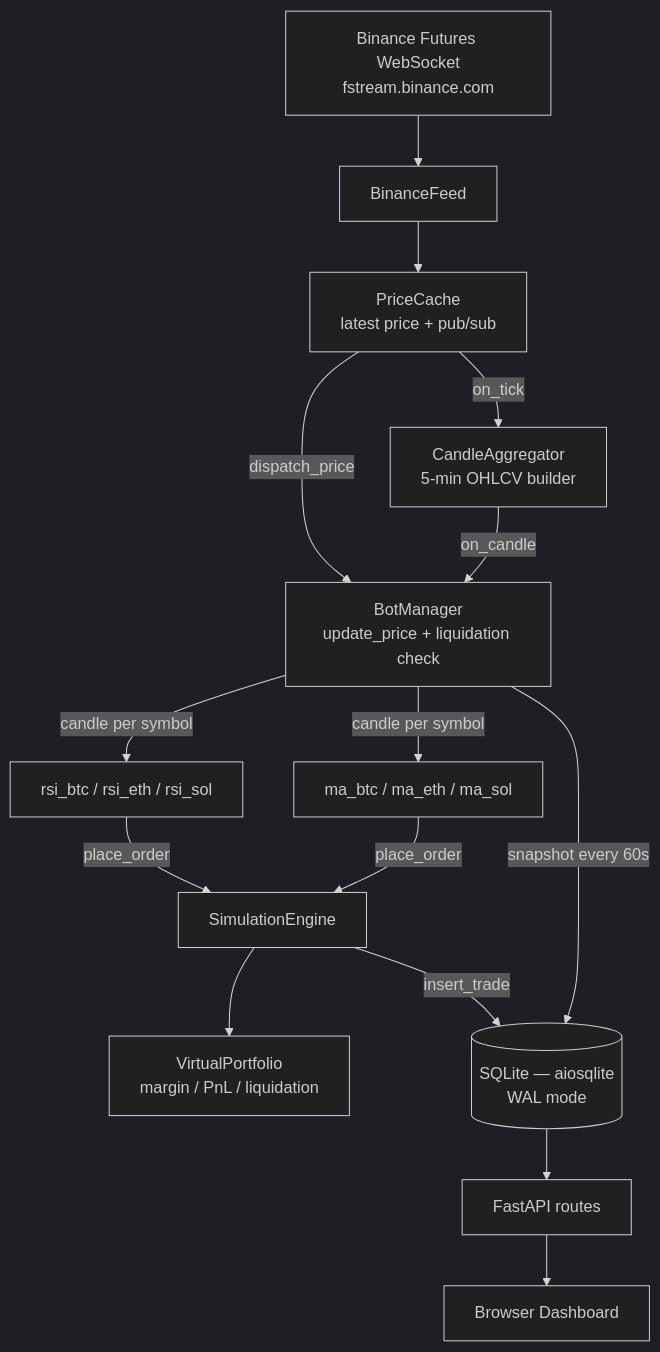
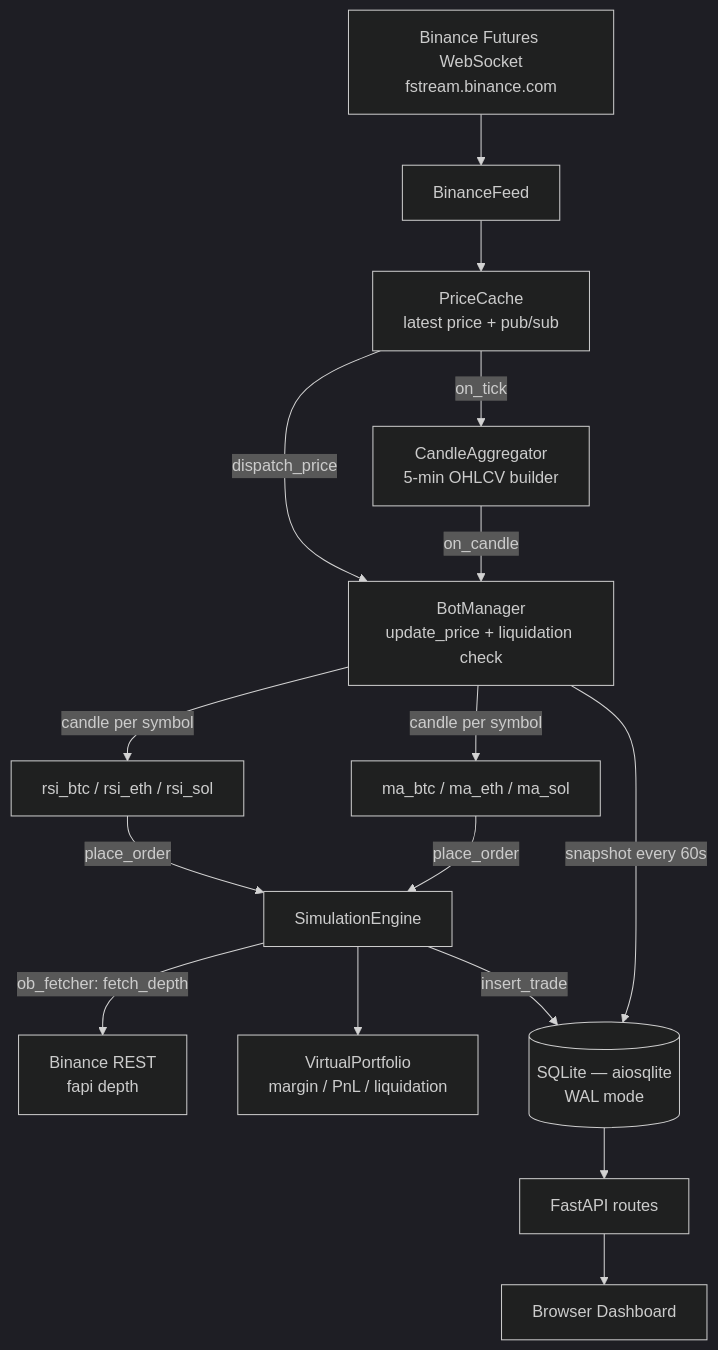
Before and after one commit to Eldarushkaa/trade_platform: the diagram in plans/architecture.md, drawn with Mermaid (dark theme). The commit also changed other lines of this file and 20 other files, not shown here.

````diff
--- a/plans/architecture.md
+++ b/plans/architecture.md
@@ -78,16 +77,17 @@
 ```mermaid
 graph TD
     WS[Binance Futures WebSocket\nfstream.binance.com] --> Feed[BinanceFeed]
     Feed --> PC[PriceCache\nlatest price + pub/sub]
     PC -->|on_tick| CA[CandleAggregator\n5-min OHLCV builder]
     PC -->|dispatch_price| BM[BotManager\nupdate_price + liquidation check]
     CA -->|on_candle| BM
     BM -->|candle per symbol| Bot1[rsi_btc / rsi_eth / rsi_sol]
     BM -->|candle per symbol| Bot2[ma_btc / ma_eth / ma_sol]
     Bot1 & Bot2 -->|place_order| SE[SimulationEngine]
+    SE -->|ob_fetcher: fetch_depth| Binance[Binance REST\nfapi depth]
     SE --> VP[VirtualPortfolio\nmargin / PnL / liquidation]
     SE -->|insert_trade| DB[(SQLite — aiosqlite\nWAL mode)]
     BM -->|snapshot every 60s| DB
     DB --> API[FastAPI routes]
     API --> Dashboard[Browser Dashboard]
 ```
````
